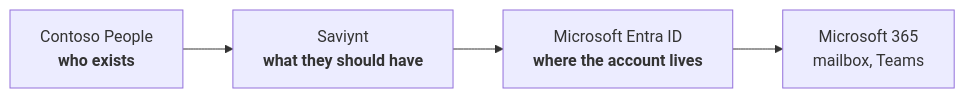
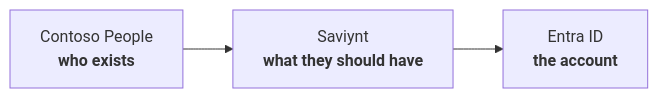
Before and after one commit to prasanthgpks/HR-to-entra-id-with-Saviynt-connector: the diagram in 00-plan.md, drawn with Mermaid. The commit also changed other lines of this file and 14 other files, not shown here.

````diff
--- a/00-plan.md
+++ b/00-plan.md
@@ -22,9 +16,8 @@
 ```mermaid
 flowchart LR
   HR["Contoso People<br/><b>who exists</b>"]
   SAV["Saviynt<br/><b>what they should have</b>"]
-  ENTRA["Microsoft Entra ID<br/><b>where the account lives</b>"]
-  M365["Microsoft 365<br/>mailbox, Teams"]
+  ENTRA["Entra ID<br/><b>the account</b>"]
 
-  HR --> SAV --> ENTRA --> M365
+  HR --> SAV --> ENTRA
 ```
````
